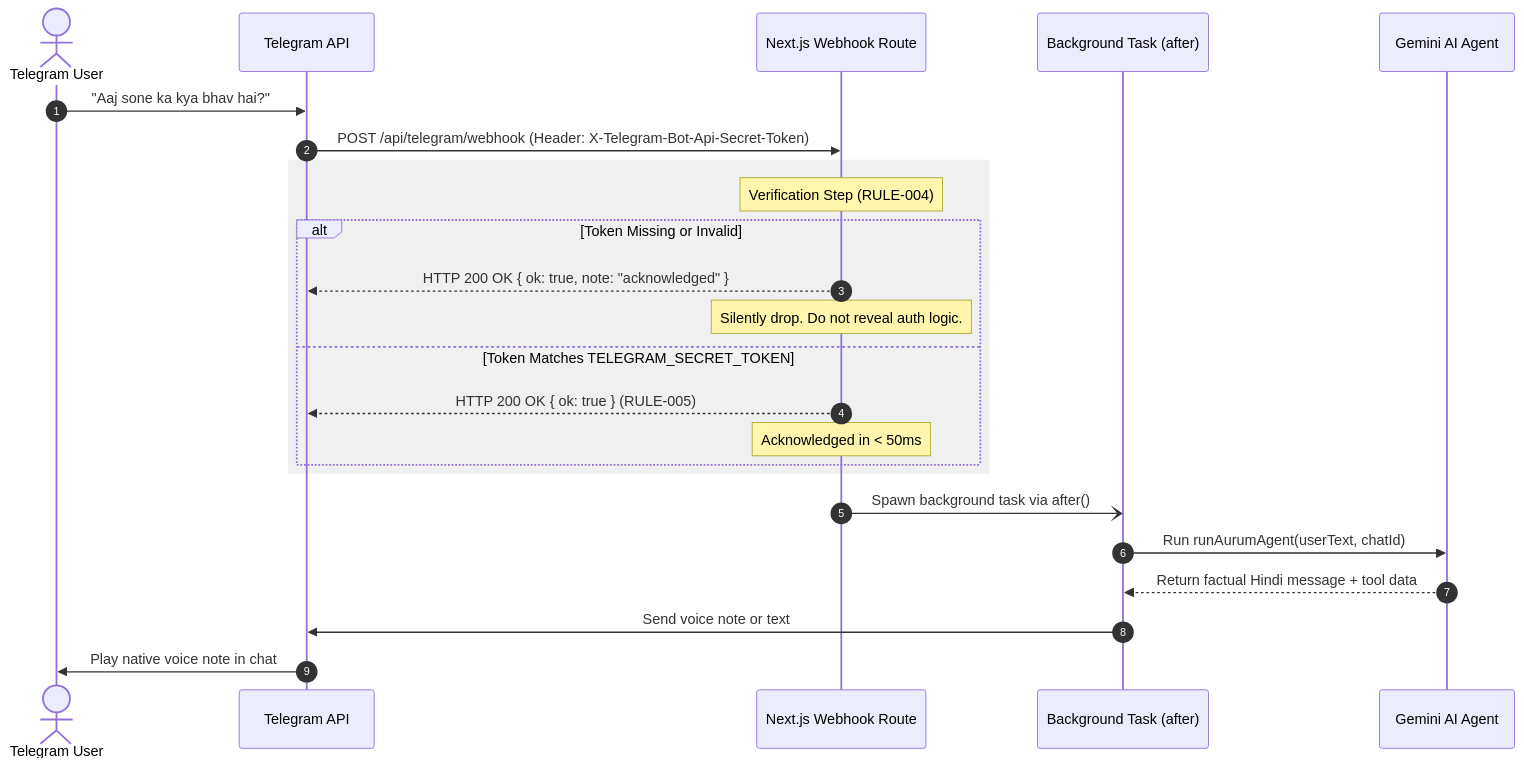
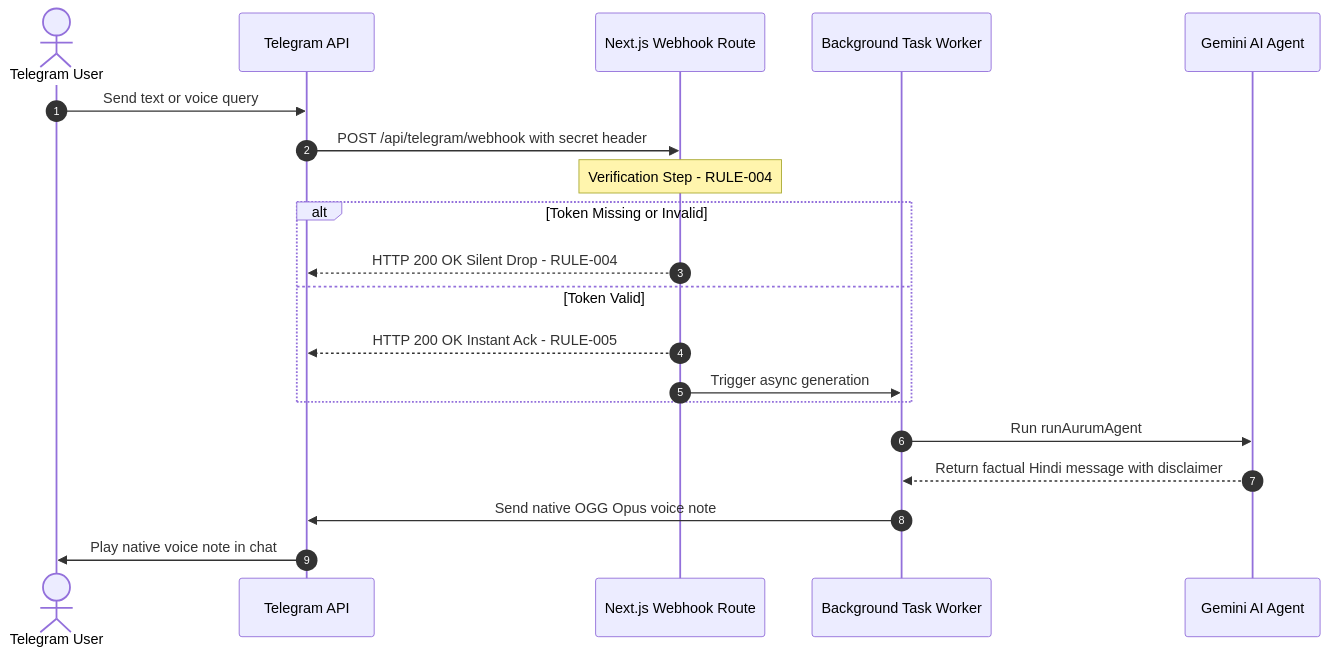
The third of 7 diagrams in README.md (HarshkumarG007/AurumAI), drawn with Mermaid before and after one commit. The commit also changed other lines of this file, not shown here.

Commit message:
fix(docs): resolve GitHub Mermaid diagram syntax errors and clean formatting

````diff
--- a/README.md
+++ b/README.md
@@ -218,29 +225,25 @@
 ```mermaid
 sequenceDiagram
     autonumber
     actor User as Telegram User
     participant TG as Telegram API
     participant Webhook as Next.js Webhook Route
-    participant Worker as Background Task (after)
+    participant Worker as Background Task Worker
     participant Agent as Gemini AI Agent
 
-    User->>TG: "Aaj sone ka kya bhav hai?"
-    TG->>Webhook: POST /api/telegram/webhook (Header: X-Telegram-Bot-Api-Secret-Token)
+    User->>TG: Send text or voice query
+    TG->>Webhook: POST /api/telegram/webhook with secret header
     
-    rect rgb(240, 240, 240)
-        Note over Webhook: Verification Step (RULE-004)
-        alt Token Missing or Invalid
-            Webhook-->>TG: HTTP 200 OK { ok: true, note: "acknowledged" }
-            Note over Webhook: Silently drop. Do not reveal auth logic.
-        else Token Matches TELEGRAM_SECRET_TOKEN
-            Webhook-->>TG: HTTP 200 OK { ok: true } (RULE-005)
-            Note over Webhook: Acknowledged in < 50ms
-        end
+    Note over Webhook: Verification Step - RULE-004
+    alt Token Missing or Invalid
+        Webhook-->>TG: HTTP 200 OK Silent Drop - RULE-004
+    else Token Valid
+        Webhook-->>TG: HTTP 200 OK Instant Ack - RULE-005
+        Webhook->>Worker: Trigger async generation
     end
 
-    Webhook-)Worker: Spawn background task via after()
-    Worker->>Agent: Run runAurumAgent(userText, chatId)
-    Agent-->>Worker: Return factual Hindi message + tool data
-    Worker->>TG: Send voice note or text
+    Worker->>Agent: Run runAurumAgent
+    Agent-->>Worker: Return factual Hindi message with disclaimer
+    Worker->>TG: Send native OGG Opus voice note
     TG->>User: Play native voice note in chat
 ```
````
